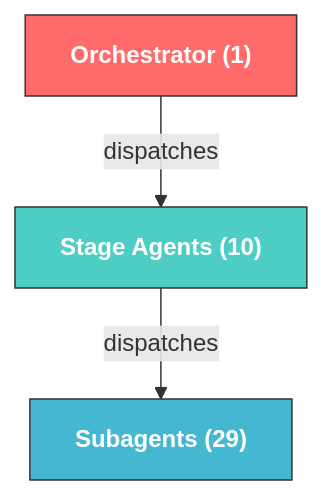
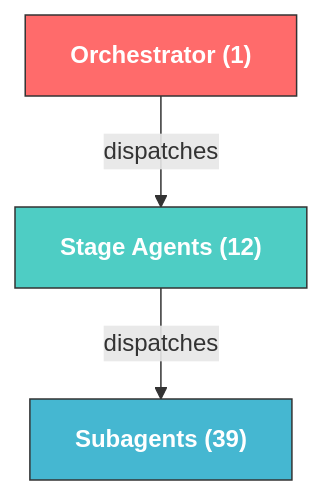
Before and after one commit to bitbitcodes/autonomous-sdlc: the first of 4 diagrams in docs/agents.md, drawn with Mermaid. The commit also changed other lines of this file and 131 other files, not shown here.

````diff
--- a/docs/agents.md
+++ b/docs/agents.md
@@ -7,9 +7,9 @@
 ```mermaid
 graph TD
-    O["Orchestrator (1)"] -->|dispatches| S["Stage Agents (10)"]
-    S -->|dispatches| SUB["Subagents (29)"]
+    O["Orchestrator (1)"] -->|dispatches| S["Stage Agents (12)"]
+    S -->|dispatches| SUB["Subagents (39)"]
 
     style O fill:#ff6b6b,stroke:#333,color:#fff,font-weight:bold
     style S fill:#4ecdc4,stroke:#333,color:#fff,font-weight:bold
     style SUB fill:#45b7d1,stroke:#333,color:#fff,font-weight:bold
 ```
````
